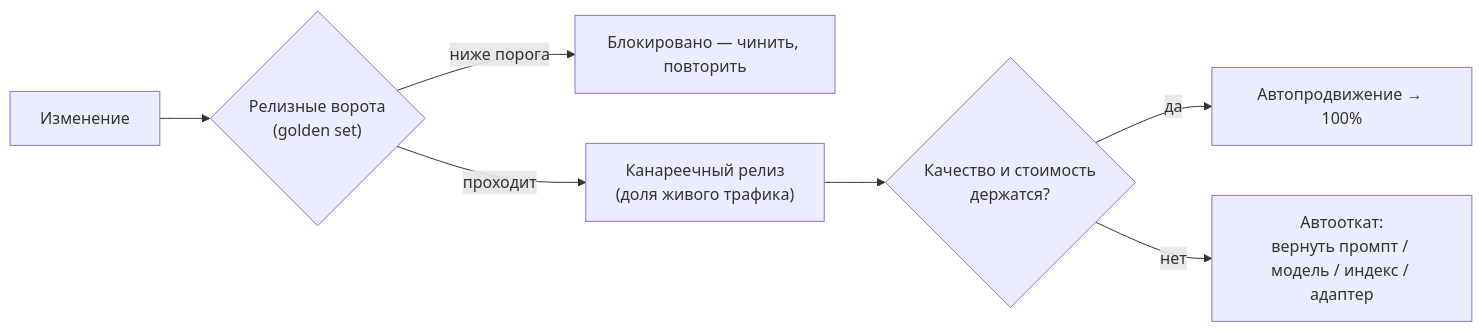
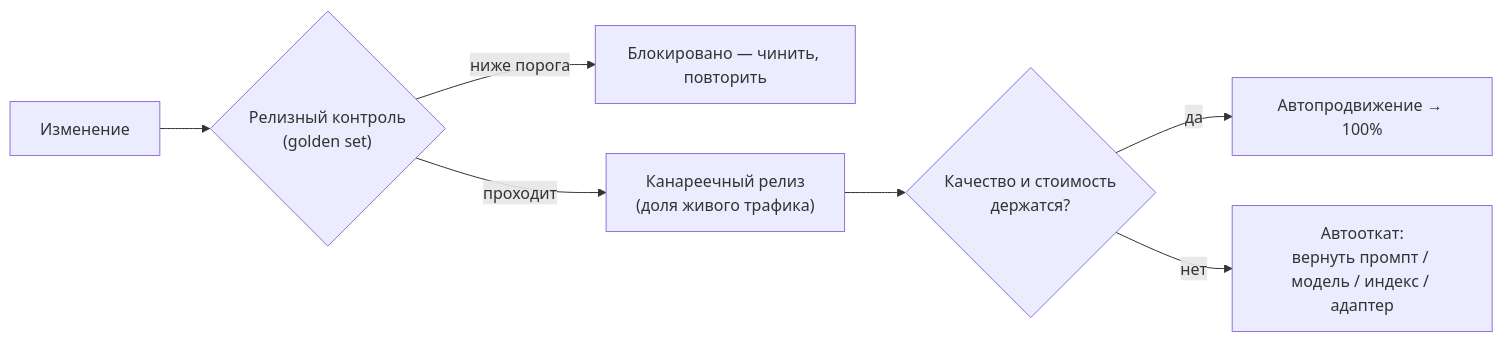
One commit to NikolaiSachok/ai-engineering-handbook changed the second of 3 diagrams in i18n/ru/docusaurus-plugin-content-docs/current/part-3-production/llmops/deep-dive.md. Above: the diagram before and after it, drawn with Mermaid. The commit also changed other lines of this file and 4 other files, not shown here.

````diff
--- a/i18n/ru/docusaurus-plugin-content-docs/current/part-3-production/llmops/deep-dive.md
+++ b/i18n/ru/docusaurus-plugin-content-docs/current/part-3-production/llmops/deep-dive.md
@@ -194,9 +194,9 @@
 ```mermaid
 flowchart LR
-    C["Изменение"] --> EG{"Релизные ворота<br/>(golden set)"}
+    C["Изменение"] --> EG{"Релизный контроль<br/>(golden set)"}
     EG -->|ниже порога| BLK["Блокировано — чинить, повторить"]
     EG -->|проходит| CAN["Канареечный релиз<br/>(доля живого трафика)"]
     CAN --> W{"Качество и стоимость<br/>держатся?"}
     W -->|да| PROMO["Автопродвижение → 100%"]
     W -->|нет| RB["Автооткат:<br/>вернуть промпт / модель / индекс / адаптер"]
 ```
````
